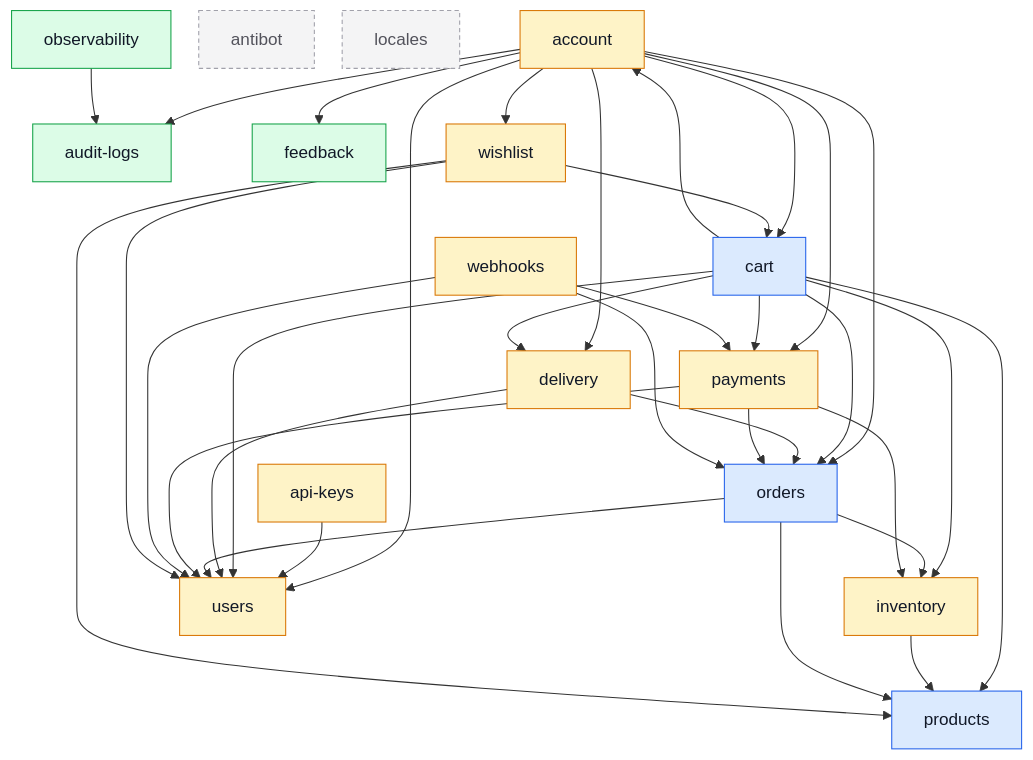
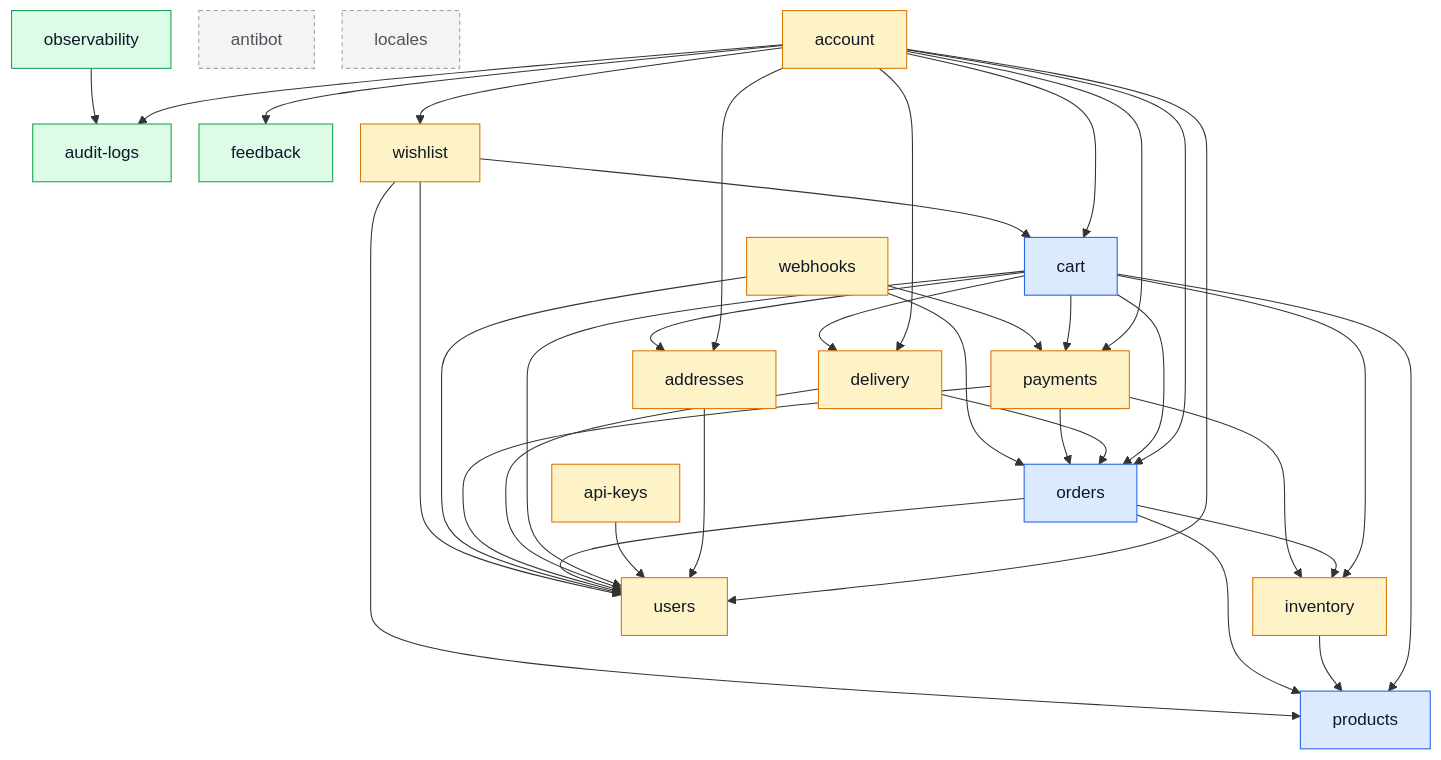
Before and after one commit to Guebbit/boilerplate-node-backend: the diagram in docs/modules/index.md, drawn with Mermaid. The commit also changed other lines of this file and 48 other files, not shown here.

First line of the commit message:
refactor(addresses): give the address book its own module, so nothing depends on account

````diff
--- a/docs/modules/index.md
+++ b/docs/modules/index.md
@@ -40,62 +40,65 @@
 ```mermaid
 %%{init: {'flowchart': {'nodeSpacing': 26, 'rankSpacing': 52}}}%%
 flowchart TD
     account
+    addresses
     antibot
     api_keys["api-keys"]
     audit_logs["audit-logs"]
     cart
     delivery
     feedback
     inventory
     locales
     observability
     orders
     payments
     products
     users
     webhooks
     wishlist
 
+    account --> addresses
     account --> audit_logs
     account --> cart
     account --> delivery
     account --> feedback
     account --> orders
     account --> payments
     account --> users
     account --> wishlist
+    addresses --> users
     api_keys --> users
-    cart --> account
+    cart --> addresses
     cart --> delivery
     cart --> inventory
     cart --> orders
     cart --> payments
     cart --> products
     cart --> users
     delivery --> orders
     delivery --> users
     inventory --> products
     observability --> audit_logs
     orders --> inventory
     orders --> products
     orders --> users
     payments --> inventory
     payments --> orders
     payments --> users
     webhooks --> orders
     webhooks --> payments
     webhooks --> users
     wishlist --> cart
     wishlist --> products
     wishlist --> users
 
     classDef core fill:#dbeafe,stroke:#2563eb,color:#111827;
     classDef supporting fill:#fef3c7,stroke:#d97706,color:#111827;
     classDef generic fill:#dcfce7,stroke:#16a34a,color:#111827;
     classDef isolated fill:#f4f4f5,stroke:#a1a1aa,color:#52525b,stroke-dasharray:4 3;
     class cart,orders,products core;
-    class account,api_keys,delivery,inventory,payments,users,webhooks,wishlist supporting;
+    class account,addresses,api_keys,delivery,inventory,payments,users,webhooks,wishlist supporting;
     class audit_logs,feedback,observability generic;
     class antibot,locales isolated;
 ```
````
